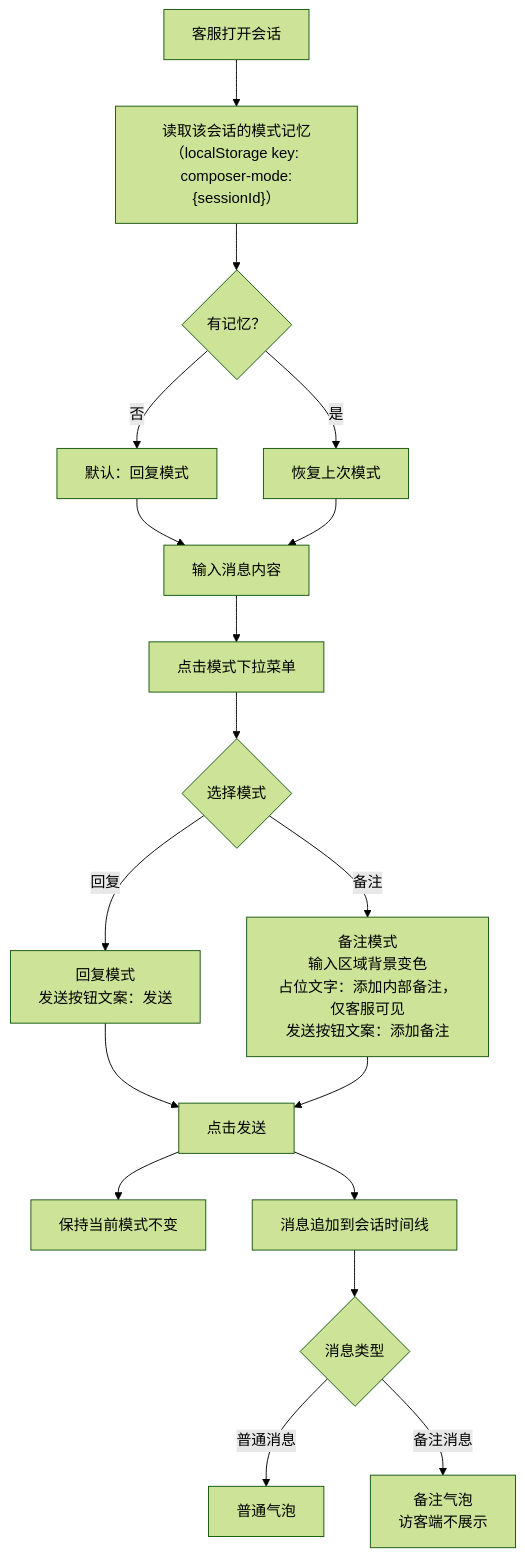
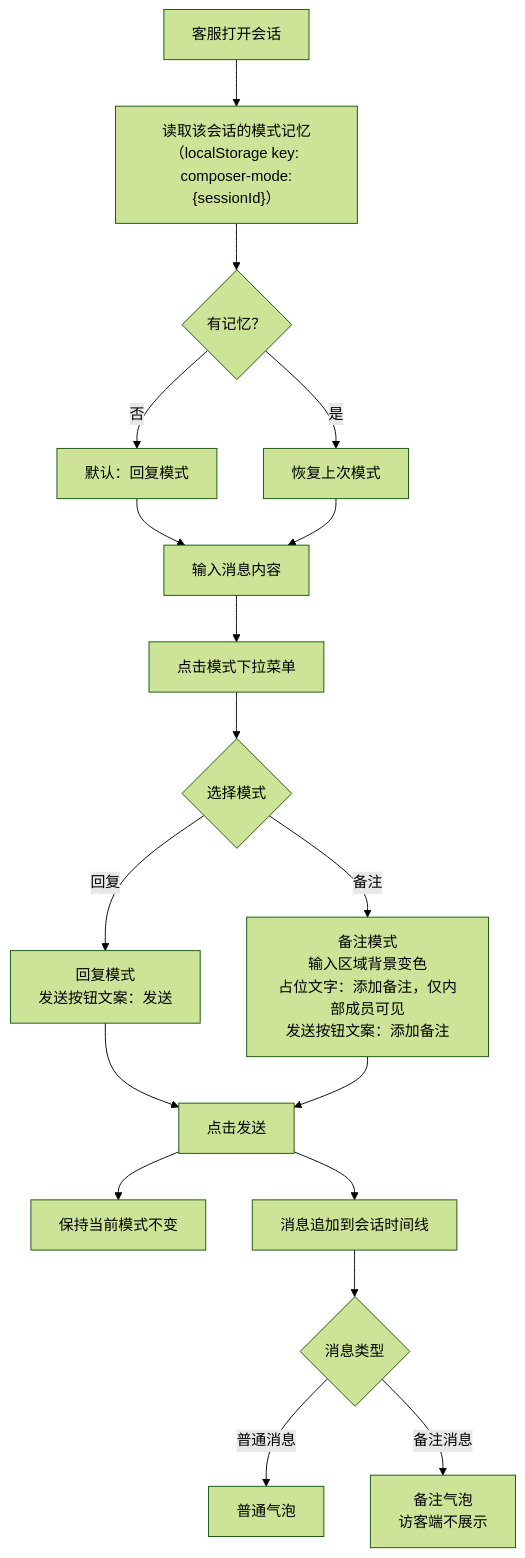
Before and after one commit to goeye/twt: the second of 2 diagrams in docs/PRD-在线会话Note内部备注.md, drawn with Mermaid (forest theme). The commit also changed other lines of this file and 2 other files, not shown here.

Commit message:
优化客服端输入框回复模式切换UI
- MessageComposer: 将回复模式切换按钮移至工具栏最左侧，添加竖线分隔符
- EmailComposer: 同步调整回复模式切换按钮位置和样式
- PRD文档: 更新备注模式占位文字为"添加备注，仅内部成员可见"

````diff
--- a/docs/PRD-在线会话Note内部备注.md
+++ b/docs/PRD-在线会话Note内部备注.md
@@ -53,20 +53,20 @@
 ```mermaid
 flowchart TD
   Start["客服打开会话"] --> LoadMode["读取该会话的模式记忆\n（localStorage key: composer-mode:{sessionId}）"]
   LoadMode --> Default{"有记忆？"}
   Default -- 否 --> Reply["默认：回复模式"]
   Default -- 是 --> Restore["恢复上次模式"]
   Reply --> Compose["输入消息内容"]
   Restore --> Compose
   Compose --> ClickDropdown["点击模式下拉菜单"]
   ClickDropdown --> SelectMode{"选择模式"}
   SelectMode -- 回复 --> ReplyMode["回复模式\n发送按钮文案：发送"]
-  SelectMode -- 备注 --> NoteMode["备注模式\n输入区域背景变色\n占位文字：添加内部备注，仅客服可见\n发送按钮文案：添加备注"]
+  SelectMode -- 备注 --> NoteMode["备注模式\n输入区域背景变色\n占位文字：添加备注，仅内部成员可见\n发送按钮文案：添加备注"]
   ReplyMode --> Send["点击发送"]
   NoteMode --> Send
   Send --> SaveMode["保持当前模式不变"]
   Send --> AppendMsg["消息追加到会话时间线"]
   AppendMsg --> Bubble{"消息类型"}
   Bubble -- 普通消息 --> NormalBubble["普通气泡"]
   Bubble -- 备注消息 --> NoteBubble["备注气泡\n访客端不展示"]
 ```
````
